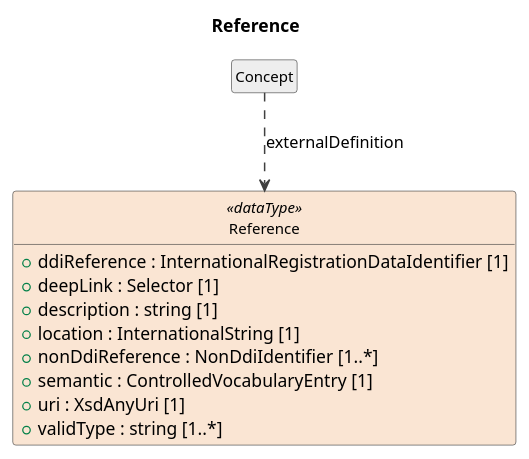
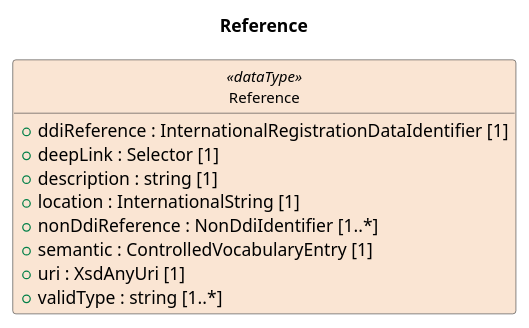
One commit to Cross-Domain-Interoperability-Framework/metadataBuildingBlocks changed the diagram in build/plantuml/cdifDataDescription/DataTypes/Reference.pu. Above: the diagram before and after it, drawn with PlantUML. The commit also changed 411 other files, not shown here.

```diff
--- a/build/plantuml/cdifDataDescription/DataTypes/Reference.pu
+++ b/build/plantuml/cdifDataDescription/DataTypes/Reference.pu
@@ -1,26 +1,24 @@
 @startuml
 title Reference
 hide circle
 hide empty members
 skinparam shadowing false
 skinparam ArrowThickness 1.2
 skinparam class {
   ArrowColor #404040
   BorderColor #404040
   FontSize 12
 }
 
 class "Reference" as Reference <<dataType>> #FAE5D3 {
   +ddiReference : InternationalRegistrationDataIdentifier [1]
   +deepLink : Selector [1]
   +description : string [1]
   +location : InternationalString [1]
   +nonDdiReference : NonDdiIdentifier [1..*]
   +semantic : ControlledVocabularyEntry [1]
   +uri : XsdAnyUri [1]
   +validType : string [1..*]
 }
-class "Concept" as Concept #EEEEEE
-Concept ..> Reference : externalDefinition
 
 @enduml
```
